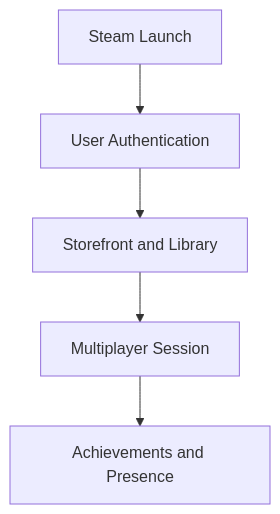
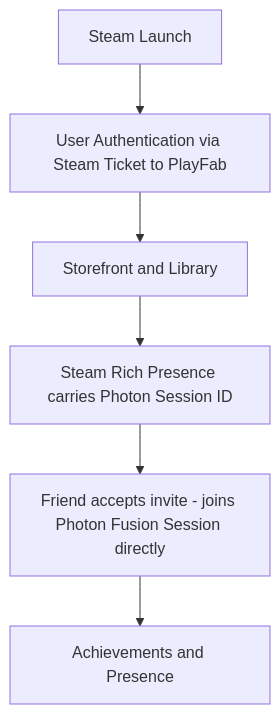
Before and after one commit to snehadpatel/QuestBit: the diagram in Project-Echo/docs/GDD/20 Steam Integration.md, drawn with Mermaid. The commit also changed other lines of this file and 16 other files, not shown here.

````diff
--- a/Project-Echo/docs/GDD/20 Steam Integration.md
+++ b/Project-Echo/docs/GDD/20 Steam Integration.md
@@ -28,7 +29,8 @@
 ```mermaid
 flowchart TD
-    A[Steam Launch] --> B[User Authentication]
+    A[Steam Launch] --> B[User Authentication via Steam Ticket to PlayFab]
     B --> C[Storefront and Library]
-    C --> D[Multiplayer Session]
-    D --> E[Achievements and Presence]
+    C --> D[Steam Rich Presence carries Photon Session ID]
+    D --> E[Friend accepts invite - joins Photon Fusion Session directly]
+    E --> F[Achievements and Presence]
 ```
````
